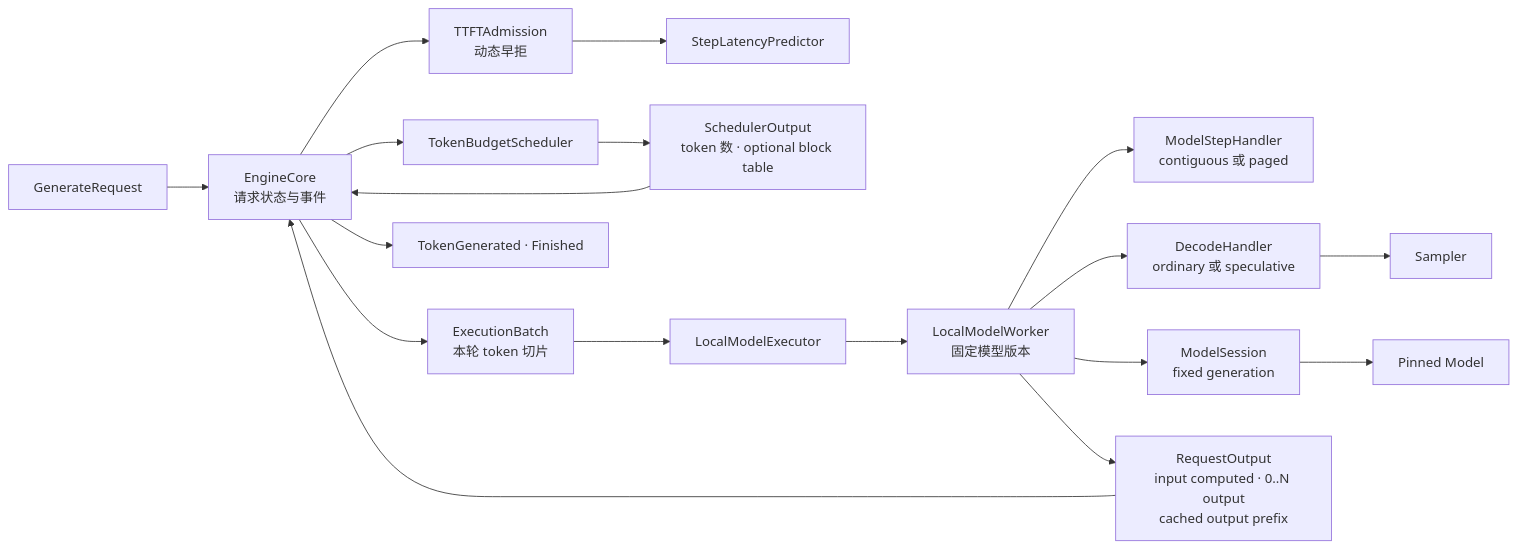
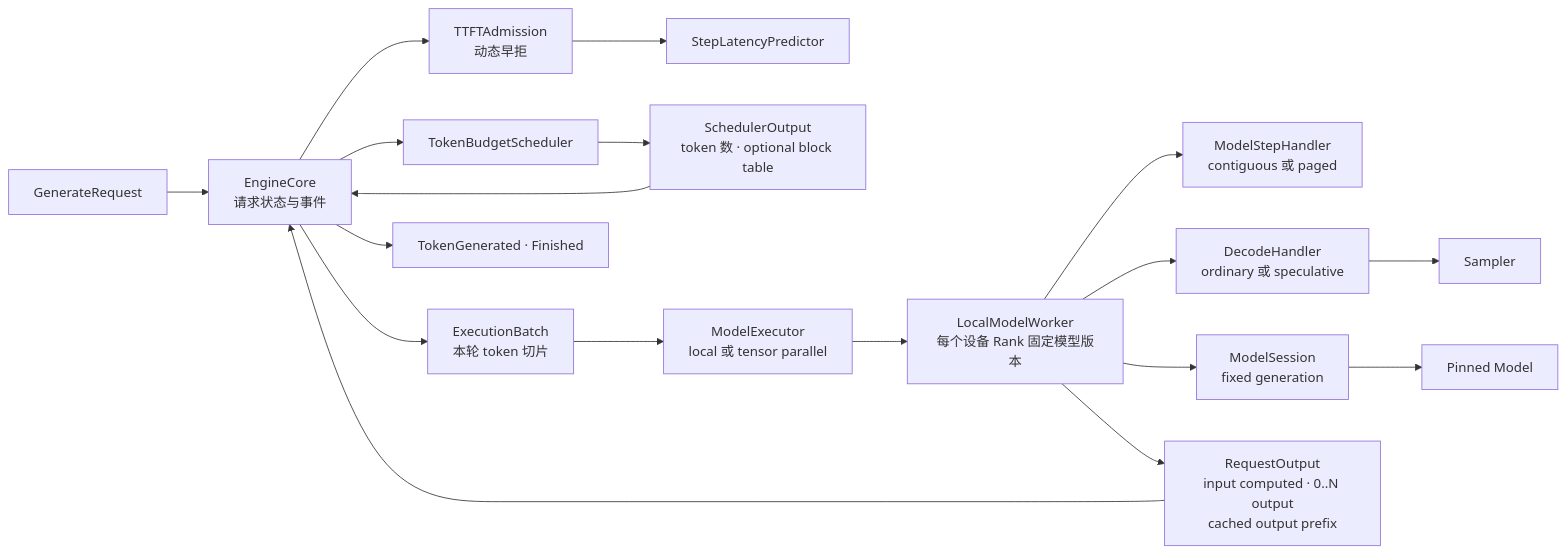
The first of 3 diagrams in docs/architecture.md (poorpaper/light-vllm), drawn with Mermaid before and after one commit. The commit also changed other lines of this file and 4 other files, not shown here.

Commit message:
docs: record TP architecture and RTX 5090 results

````diff
--- a/docs/architecture.md
+++ b/docs/architecture.md
@@ -25,20 +25,20 @@
 ```mermaid
 flowchart LR
     Request["GenerateRequest"] --> Core["EngineCore<br/>请求状态与事件"]
     Core --> TTFT["TTFTAdmission<br/>动态早拒"]
     TTFT --> Predictor["StepLatencyPredictor"]
     Core --> Scheduler["TokenBudgetScheduler"]
     Scheduler --> Plan["SchedulerOutput<br/>token 数 · optional block table"]
     Plan --> Core
     Core --> Batch["ExecutionBatch<br/>本轮 token 切片"]
-    Batch --> Executor["LocalModelExecutor"]
-    Executor --> Worker["LocalModelWorker<br/>固定模型版本"]
+    Batch --> Executor["ModelExecutor<br/>local 或 tensor parallel"]
+    Executor --> Worker["LocalModelWorker<br/>每个设备 Rank 固定模型版本"]
     Worker --> Step["ModelStepHandler<br/>contiguous 或 paged"]
     Worker --> Decode["DecodeHandler<br/>ordinary 或 speculative"]
     Worker --> Session["ModelSession<br/>fixed generation"]
     Session --> Model["Pinned Model"]
     Decode --> Sampler["Sampler"]
     Worker --> Output["RequestOutput<br/>input computed · 0..N output<br/>cached output prefix"]
     Output --> Core
     Core --> Events["TokenGenerated · Finished"]
 ```
````
